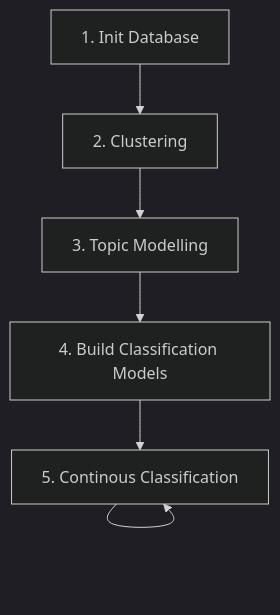
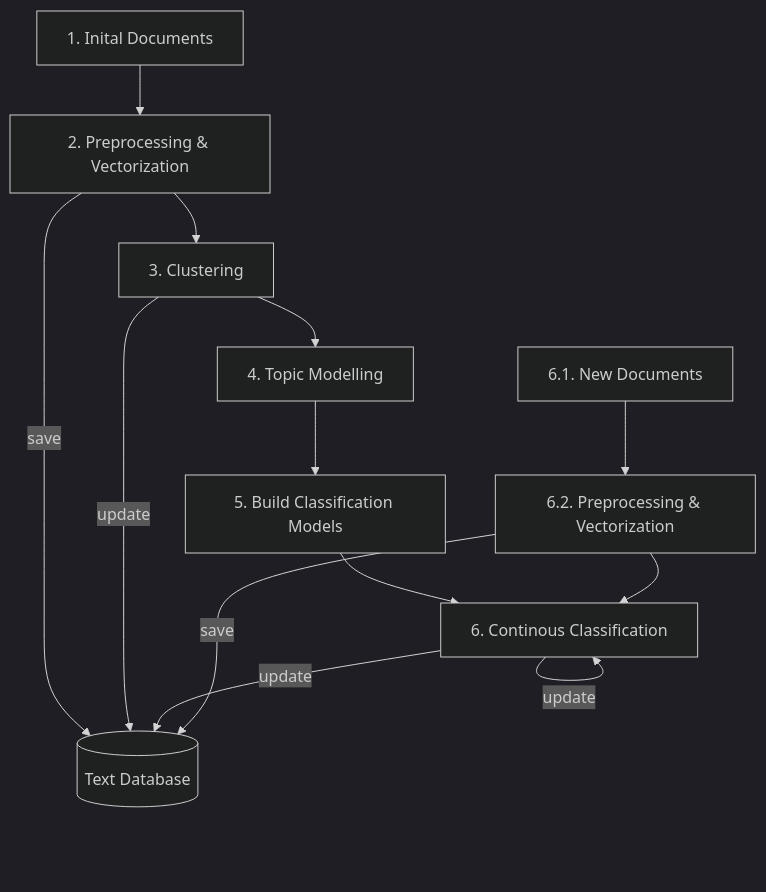
One commit to MerlinKoehler/MailClassification changed the second of 2 diagrams in README.md. Above: the diagram before and after it, drawn with Mermaid (dark theme).

````diff
--- a/README.md
+++ b/README.md
@@ -34,8 +34,15 @@
 ```mermaid
 graph TD
-	A[1. Init Database] --> B[2. Clustering]
-    B --> C[3. Topic Modelling]
-    C --> D[4. Build Classification Models]
-    D --> E[5. Continous Classification]
-    E --> E
+	A[1. Inital Documents] --> P1[2. Preprocessing & Vectorization]
+	P1 --save--> DB[(Text Database)]
+	P1 --> C[3. Clustering]
+	C --update--> DB
+    C --> D[4. Topic Modelling]
+    D --> E[5. Build Classification Models]
+    E --> F[6. Continous Classification]
+    F --update--> DB
+    N[6.1. New Documents] --> P
+    P[6.2. Preprocessing & Vectorization] --> F
+    P --save--> DB
+    F --update--> F
 ```
````
